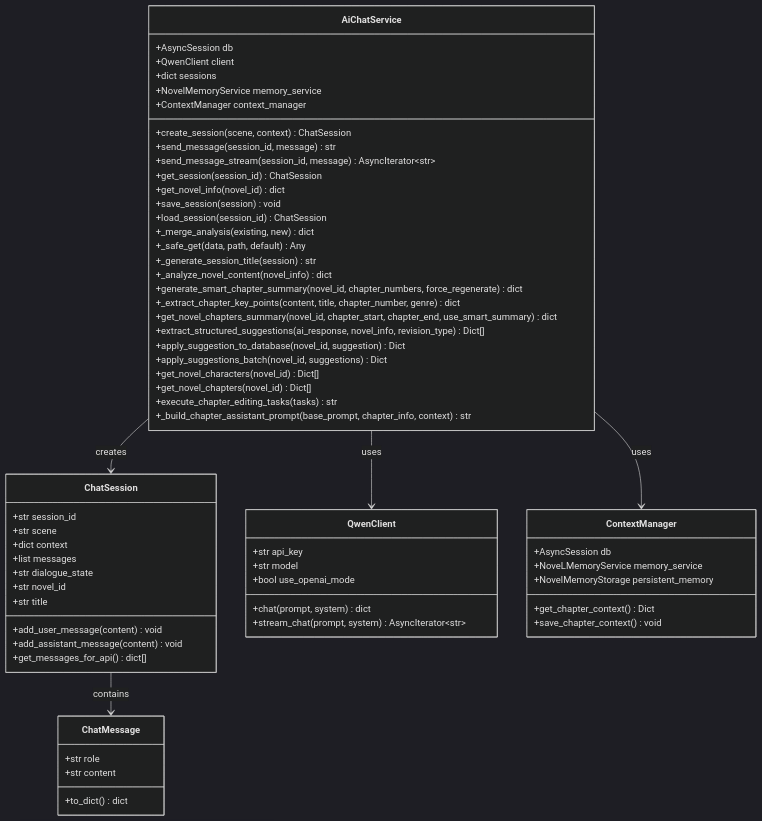
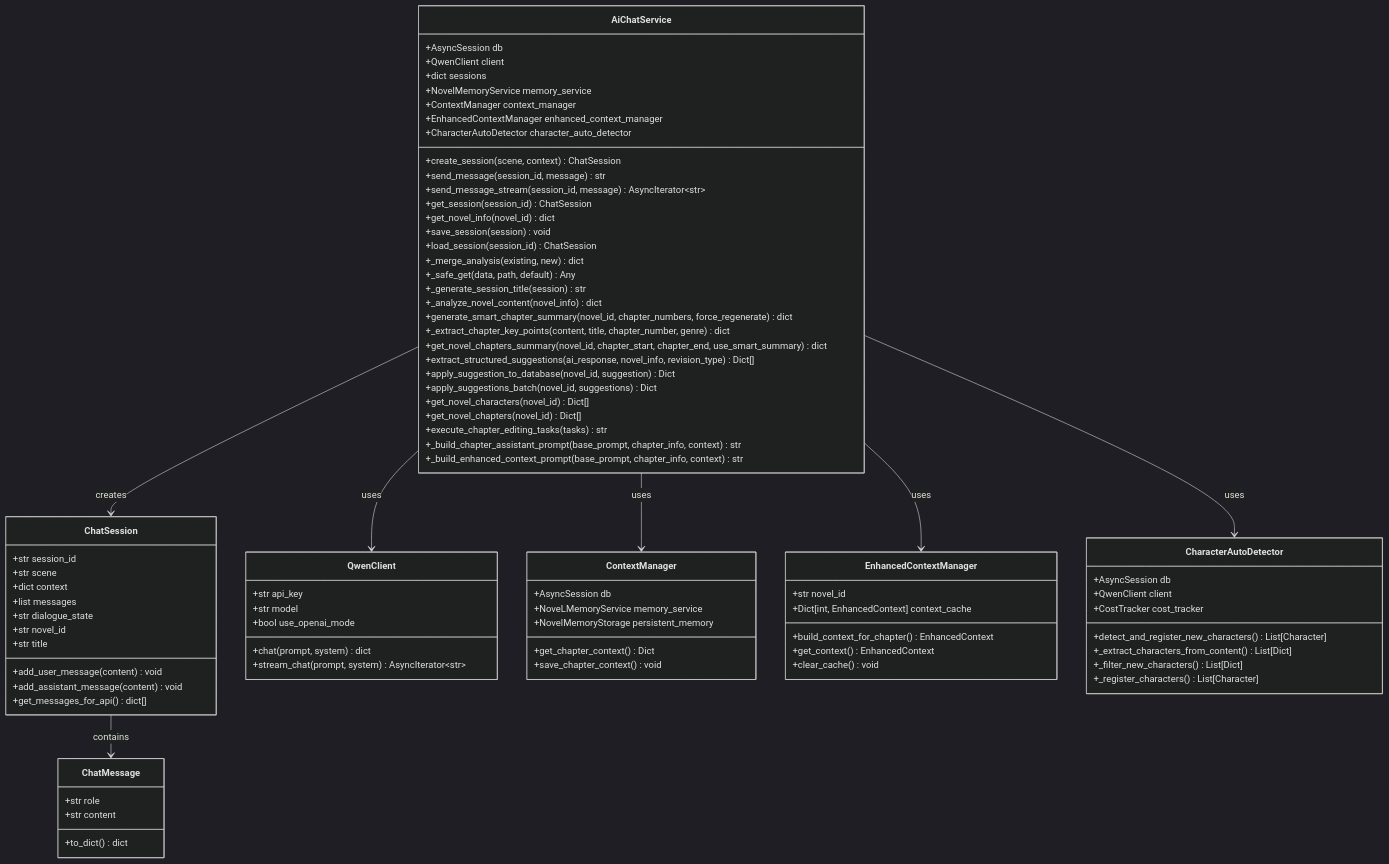
One commit to xfbyxq/ai-novel-system changed the second of 49 diagrams in .qoder/repowiki/zh/content/Ai Chat Service.md. Above: the diagram before and after it, drawn with Mermaid (dark theme). The commit also changed other lines of this file and 8 other files, not shown here.

````diff
--- a/.qoder/repowiki/zh/content/Ai Chat Service.md
+++ b/.qoder/repowiki/zh/content/Ai Chat Service.md
@@ -162,6 +187,8 @@
 +dict sessions
 +NovelMemoryService memory_service
 +ContextManager context_manager
++EnhancedContextManager enhanced_context_manager
++CharacterAutoDetector character_auto_detector
 +create_session(scene, context) ChatSession
 +send_message(session_id, message) str
 +send_message_stream(session_id, message) AsyncIterator~str~
@@ -183,6 +210,7 @@
 +get_novel_chapters(novel_id) Dict[]
 +execute_chapter_editing_tasks(tasks) str
 +_build_chapter_assistant_prompt(base_prompt, chapter_info, context) str
++_build_enhanced_context_prompt(base_prompt, chapter_info, context) str
 }
 class ChatSession {
 +str session_id
@@ -215,8 +243,26 @@
 +get_chapter_context() Dict
 +save_chapter_context() void
 }
+class EnhancedContextManager {
++str novel_id
++Dict[int, EnhancedContext] context_cache
++build_context_for_chapter() EnhancedContext
++get_context() EnhancedContext
++clear_cache() void
+}
+class CharacterAutoDetector {
++AsyncSession db
++QwenClient client
++CostTracker cost_tracker
++detect_and_register_new_characters() List[Character]
++_extract_characters_from_content() List[Dict]
++_filter_new_characters() List[Dict]
++_register_characters() List[Character]
+}
 AiChatService --> ChatSession : creates
 AiChatService --> QwenClient : uses
 AiChatService --> ContextManager : uses
+AiChatService --> EnhancedContextManager : uses
+AiChatService --> CharacterAutoDetector : uses
 ChatSession --> ChatMessage : contains
 ```
````
